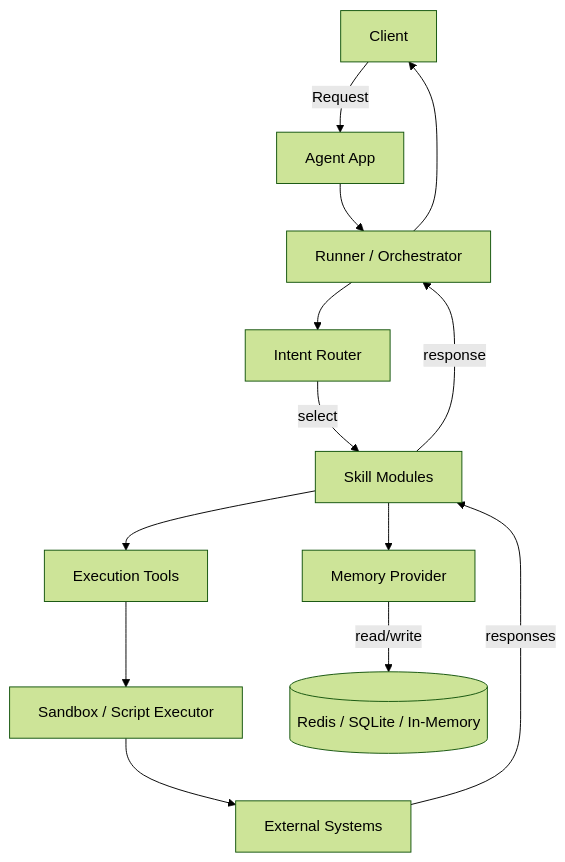
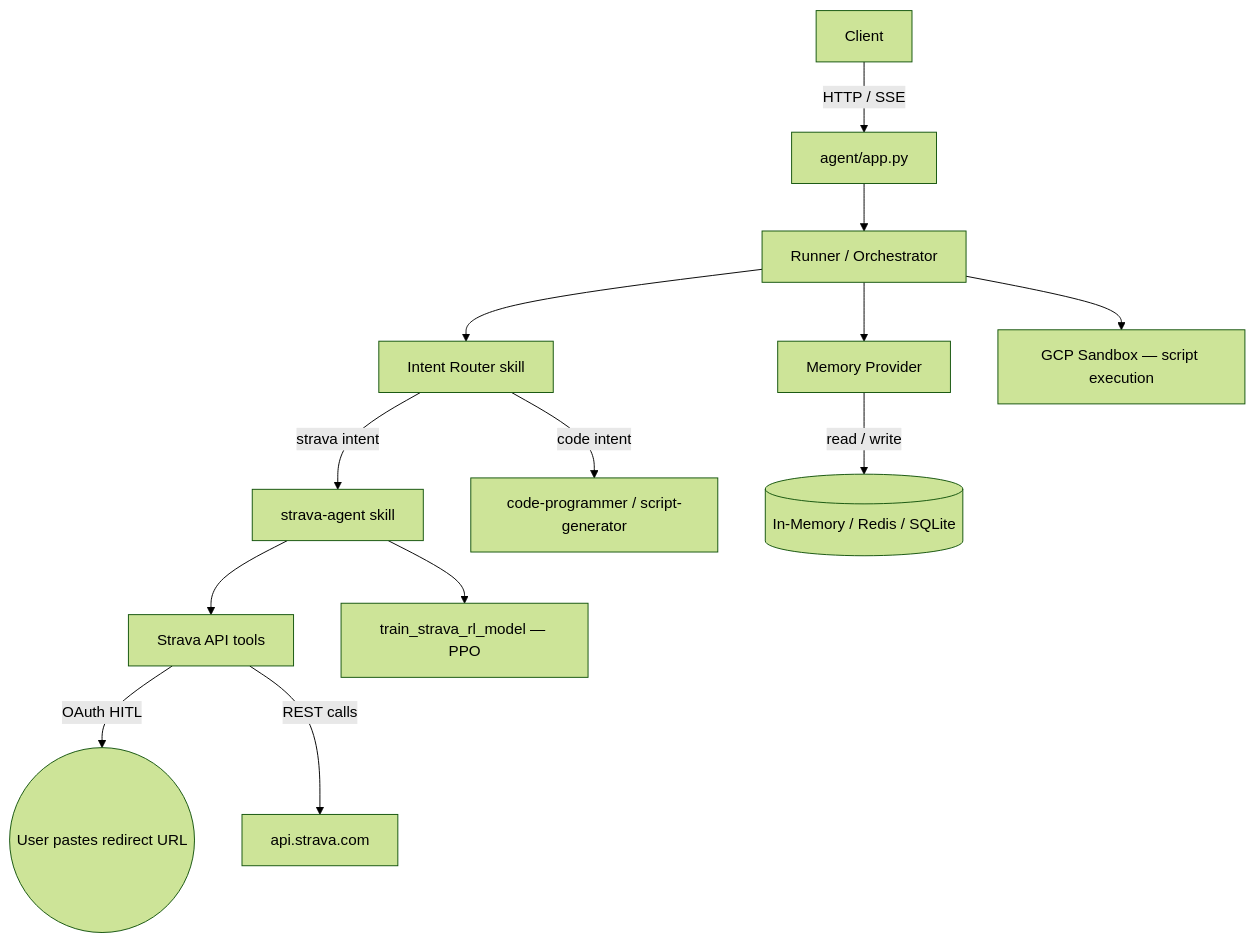
The diagram in README.md (lasheralberto/auto-adk-agent), drawn with Mermaid (forest theme) before and after one commit. The commit also changed other lines of this file, not shown here.

````diff
--- a/README.md
+++ b/README.md
@@ -41,14 +18,15 @@
 ```mermaid
 flowchart TD
-  Client -->|Request| AgentApp[Agent App]
+  Client -->|HTTP / SSE| AgentApp[agent/app.py]
   AgentApp --> Runner[Runner / Orchestrator]
-  Runner --> Router[Intent Router]
-  Router -->|select| Skill[Skill Modules]
-  Skill --> Memory[Memory Provider]
-  Skill --> Tools[Execution Tools]
-  Tools --> Sandbox[Sandbox / Script Executor]
-  Memory -->|read/write| Storage[(Redis / SQLite / In-Memory)]
-  Sandbox --> External[External Systems]
-  External -->|responses| Skill
-  Skill -->|response| Runner --> Client
+  Runner --> Router[Intent Router skill]
+  Router -->|strava intent| StravaSkill[strava-agent skill]
+  Router -->|code intent| CodeSkill[code-programmer / script-generator]
+  StravaSkill --> StravaTools[Strava API tools]
+  StravaTools -->|OAuth HITL| HITL((User pastes redirect URL))
+  StravaTools -->|REST calls| StravaAPI[api.strava.com]
+  StravaSkill --> RLPipeline[train_strava_rl_model — PPO]
+  Runner --> Memory[Memory Provider]
+  Memory -->|read / write| Storage[(In-Memory / Redis / SQLite)]
+  Runner --> Sandbox[GCP Sandbox — script execution]
 ```
````
